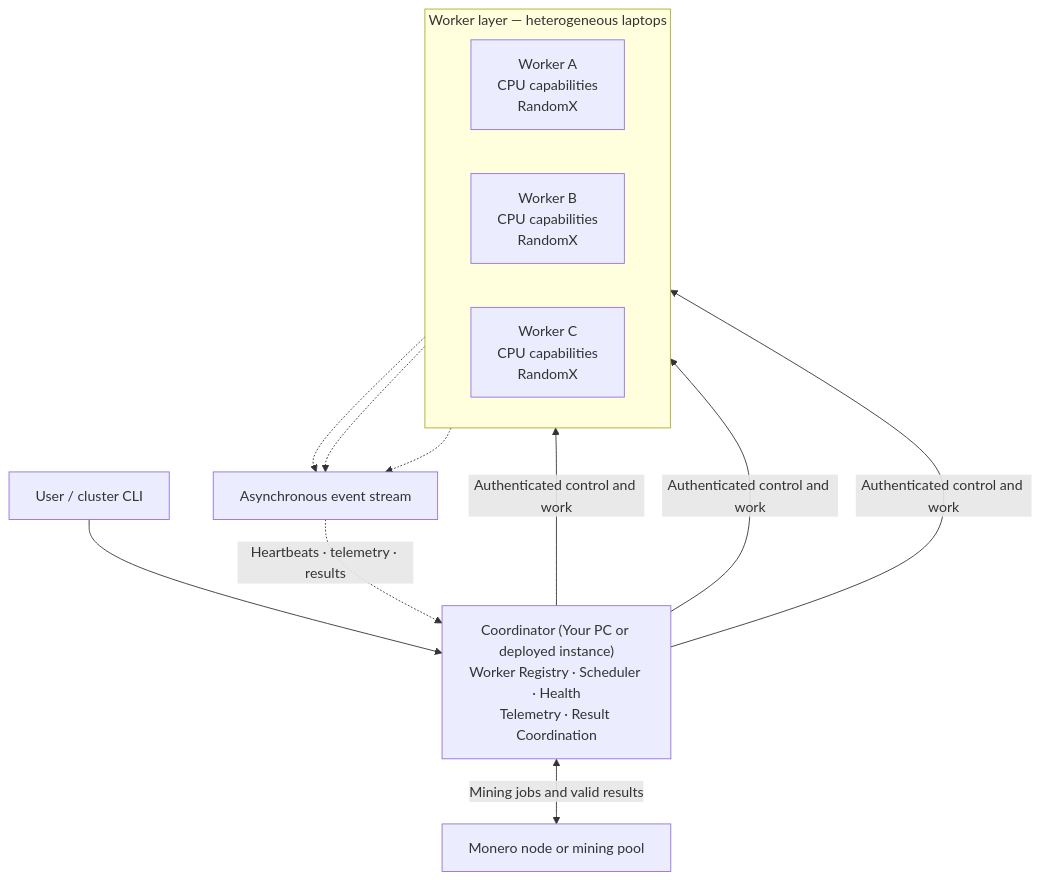
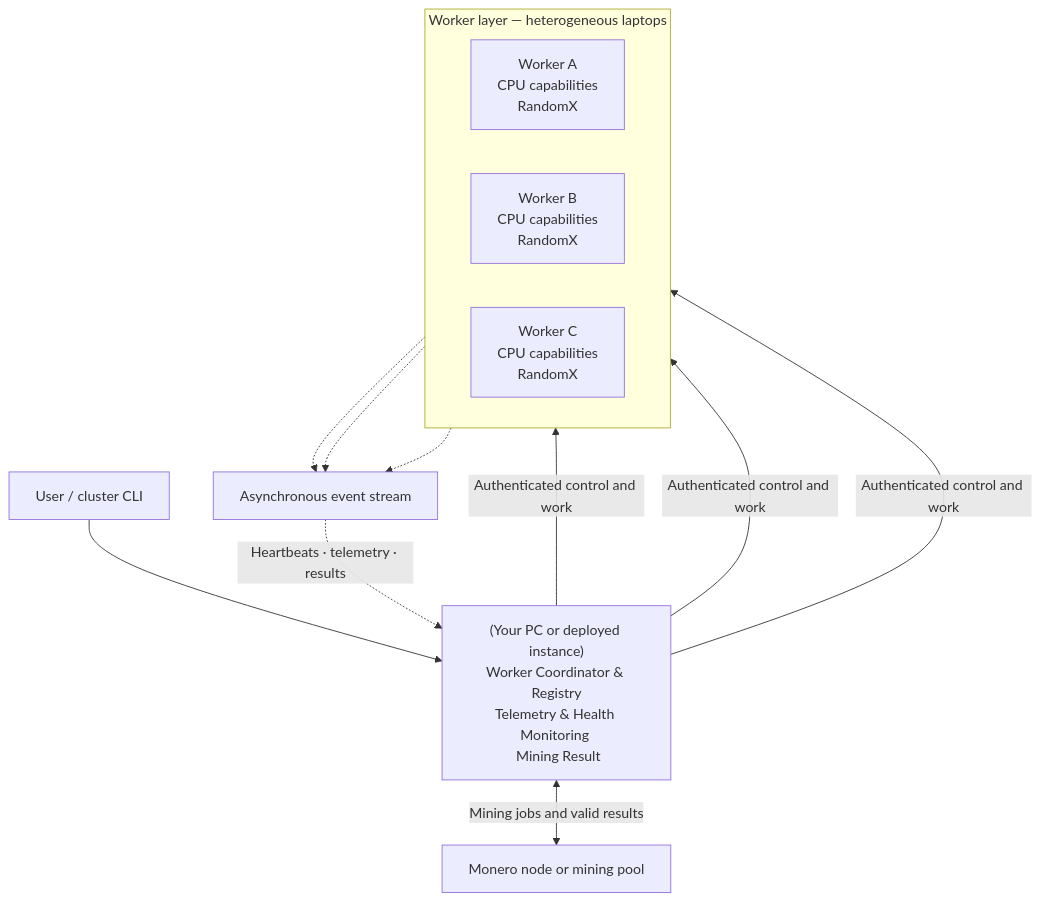
The diagram in README.md (MoustAhmed/distributed-monero), drawn with Mermaid before and after one commit.

Commit message:
Revise Coordinator description in README
Updated the description of the Coordinator in the flowchart.

````diff
--- a/README.md
+++ b/README.md
@@ -30,23 +30,23 @@
 ```mermaid
 flowchart TB
-    CLI["User / cluster CLI"] --> C["Coordinator (Your PC or deployed instance)<br/>Worker Registry · Scheduler · Health<br/>Telemetry · Result Coordination"]
+    CLI["User / cluster CLI"] --> C["(Your PC or deployed instance)<br/>Worker Coordinator & Registry<br/>Telemetry & Health Monitoring <br/> Mining Result"]
 
     C <-->|"Mining jobs and valid results"| M["Monero node or mining pool"]
 
     subgraph Workers["Worker layer — heterogeneous laptops"]
         direction LR
         W1["Worker A<br/>CPU capabilities<br/>RandomX"]
         W2["Worker B<br/>CPU capabilities<br/>RandomX"]
         W3["Worker C<br/>CPU capabilities<br/>RandomX"]
     end
 
     C -->|"Authenticated control and work"| W1
     C -->|"Authenticated control and work"| W2
     C -->|"Authenticated control and work"| W3
 
     W1 -.-> E["Asynchronous event stream"]
     W2 -.-> E
     W3 -.-> E
 
     E -.->|"Heartbeats · telemetry · results"| C
 ```
````
